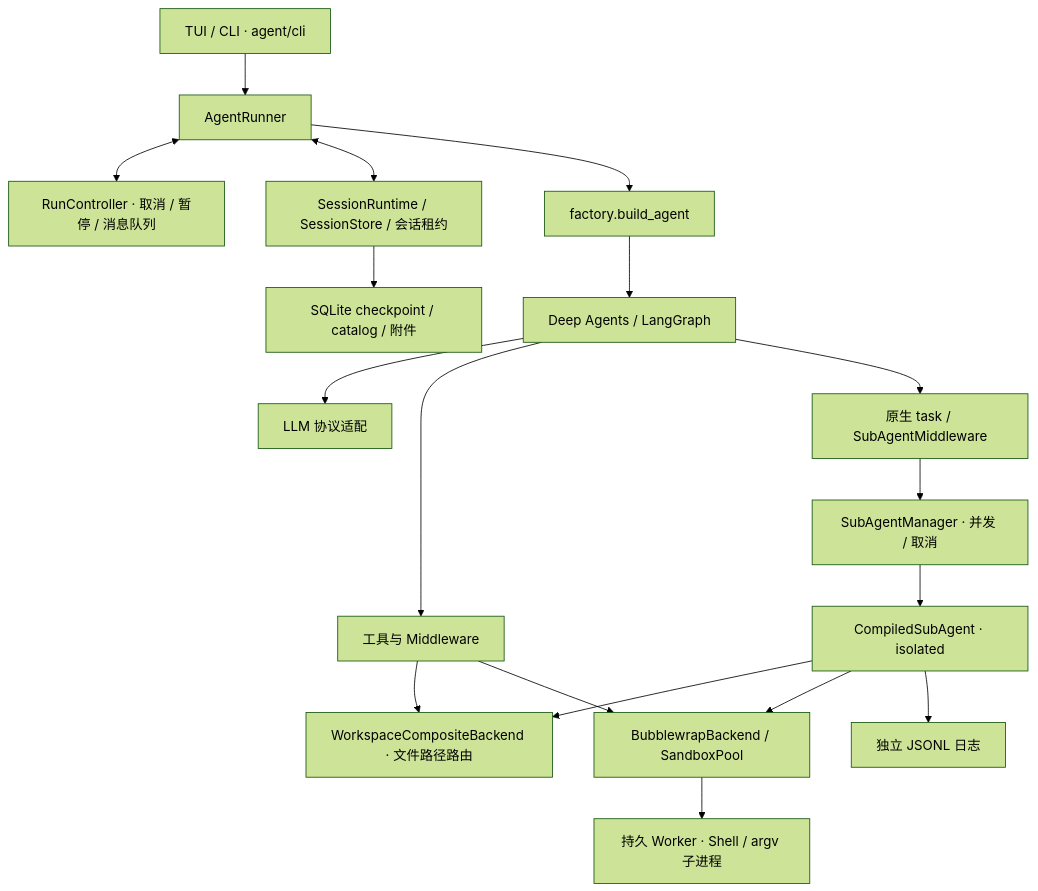
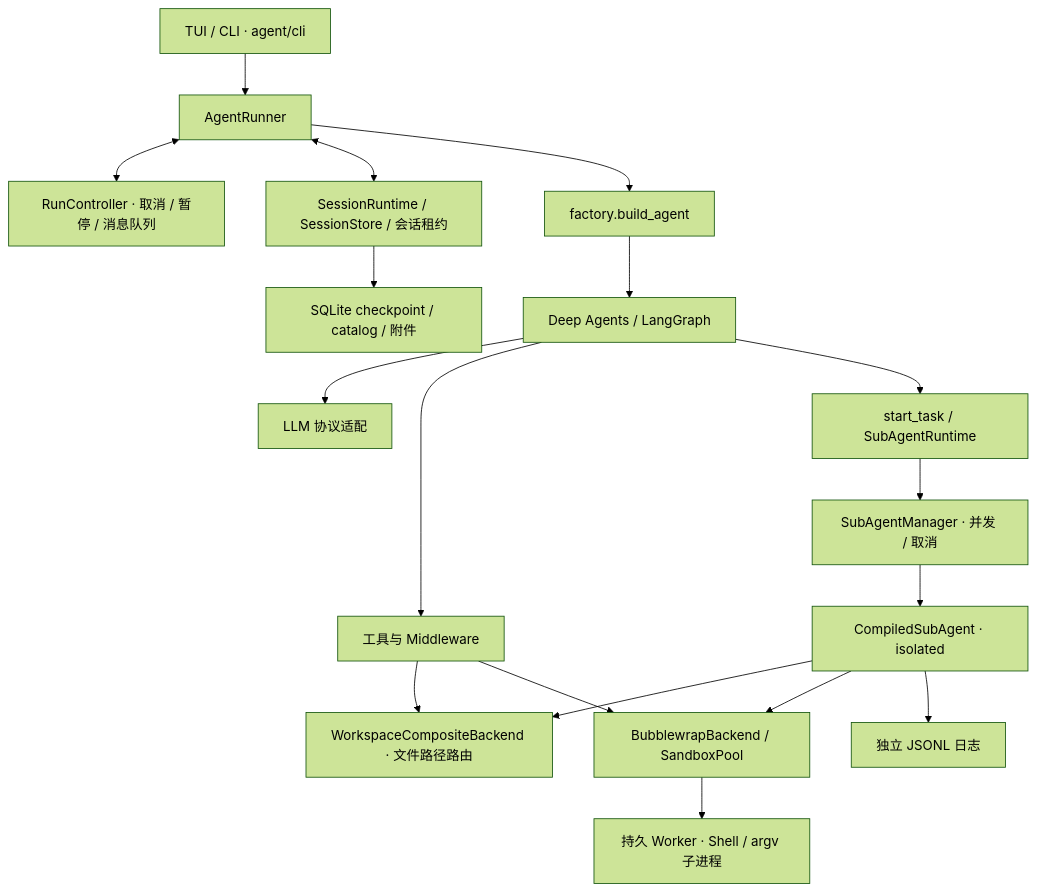
Before and after one commit to ADaozz/deep_agent_cli: the first of 2 diagrams in docs/architecture.md, drawn with Mermaid (forest theme). The commit also changed other lines of this file and 158 other files, not shown here.

````diff
--- a/docs/architecture.md
+++ b/docs/architecture.md
@@ -23,20 +23,20 @@
 ```mermaid
 flowchart TB
     CLI["TUI / CLI · agent/cli"] --> RUN["AgentRunner"]
     RUN <--> CONTROL["RunController · 取消 / 暂停 / 消息队列"]
     RUN <--> SESSION["SessionRuntime / SessionStore / 会话租约"]
     SESSION --> DB["SQLite checkpoint / catalog / 附件"]
     RUN --> FACTORY["factory.build_agent"]
     FACTORY --> GRAPH["Deep Agents / LangGraph"]
     GRAPH --> MODEL["LLM 协议适配"]
     GRAPH --> TOOLS["工具与 Middleware"]
-    GRAPH --> TASK["原生 task / SubAgentMiddleware"]
+    GRAPH --> TASK["start_task / SubAgentRuntime"]
     TASK --> MANAGER["SubAgentManager · 并发 / 取消"]
     MANAGER --> CHILD["CompiledSubAgent · isolated"]
     CHILD --> FILES
     CHILD --> EXEC
     CHILD --> LOGS["独立 JSONL 日志"]
     TOOLS --> FILES["WorkspaceCompositeBackend · 文件路径路由"]
     TOOLS --> EXEC["BubblewrapBackend / SandboxPool"]
     EXEC --> WORKER["持久 Worker · Shell / argv 子进程"]
 ```
````
